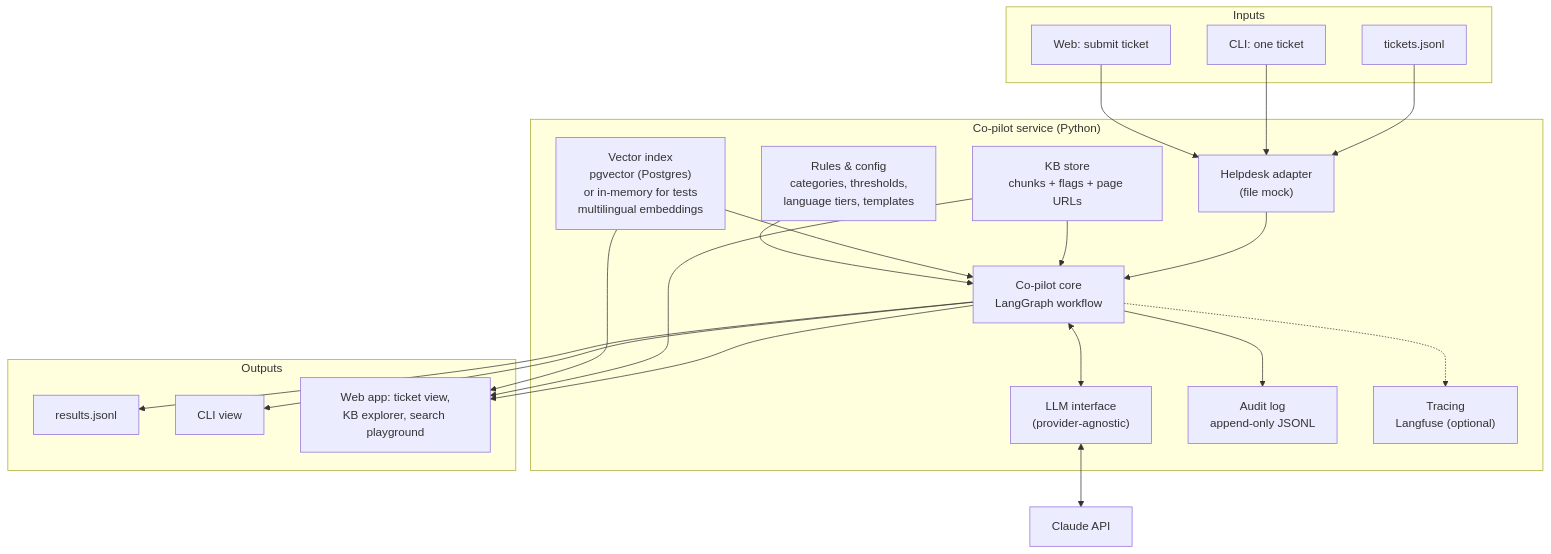
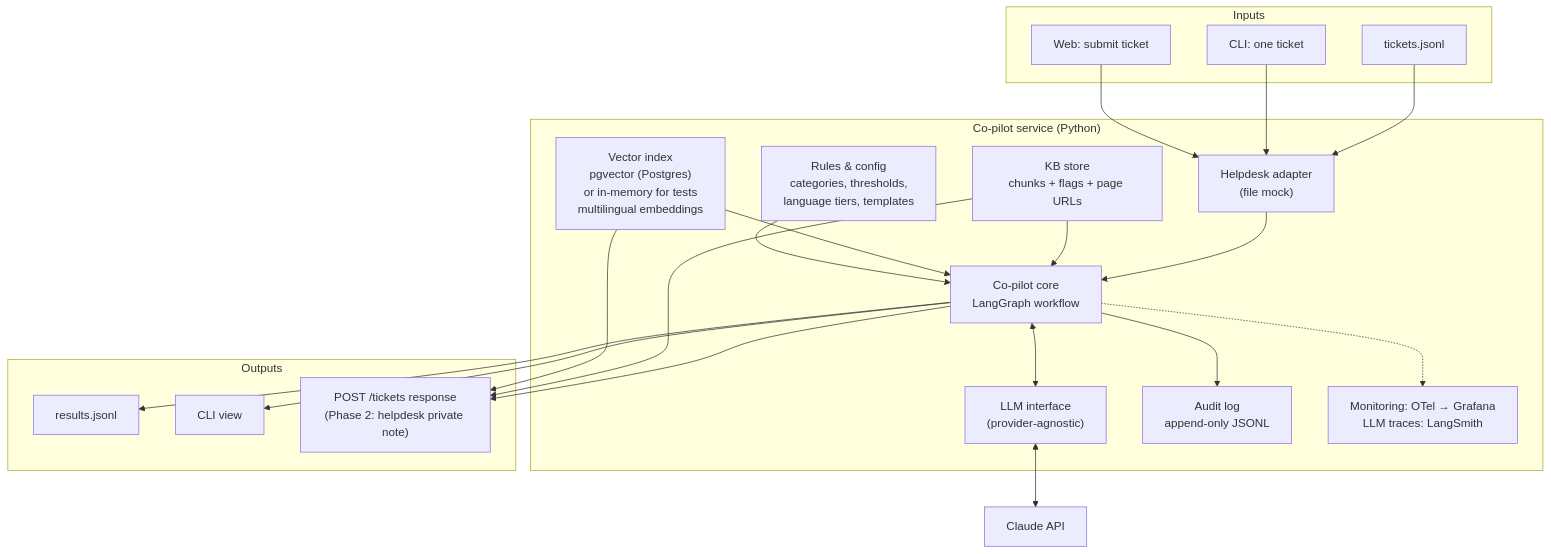
Before and after one commit to mohabashraf/support-copilot: the second of 13 diagrams in docs/ARCHITECTURE.md, drawn with Mermaid. The commit also changed other lines of this file and 18 other files, not shown here.

````diff
--- a/docs/ARCHITECTURE.md
+++ b/docs/ARCHITECTURE.md
@@ -67,44 +67,44 @@
 ```mermaid
 flowchart TB
     subgraph Inputs
         JSONL["tickets.jsonl"]
         CLIIN["CLI: one ticket"]
         WEBIN["Web: submit ticket"]
     end
 
     subgraph App["Co-pilot service (Python)"]
         Adapter["Helpdesk adapter<br/>(file mock)"]
         Core["Co-pilot core<br/>LangGraph workflow"]
         KBStore["KB store<br/>chunks + flags + page URLs"]
         Vec["Vector index<br/>pgvector (Postgres)<br/>or in-memory for tests<br/>multilingual embeddings"]
         Rules["Rules & config<br/>categories, thresholds,<br/>language tiers, templates"]
         LLMIF["LLM interface<br/>(provider-agnostic)"]
         Audit["Audit log<br/>append-only JSONL"]
-        Trace["Tracing<br/>Langfuse (optional)"]
+        Trace["Monitoring: OTel → Grafana<br/>LLM traces: LangSmith"]
     end
 
     subgraph Outputs
         Results["results.jsonl"]
         CLIOUT["CLI view"]
-        Web["Web app: ticket view,<br/>KB explorer, search playground"]
+        Web["POST /tickets response<br/>(Phase 2: helpdesk private note)"]
     end
 
     Claude["Claude API"]
 
     JSONL --> Adapter
     CLIIN --> Adapter
     WEBIN --> Adapter
     Adapter --> Core
     KBStore --> Core
     Vec --> Core
     Rules --> Core
     Core <--> LLMIF
     LLMIF <--> Claude
     Core --> Audit
     Core -.-> Trace
     Core --> Results
     Core --> CLIOUT
     Core --> Web
     KBStore --> Web
     Vec --> Web
 ```
````
